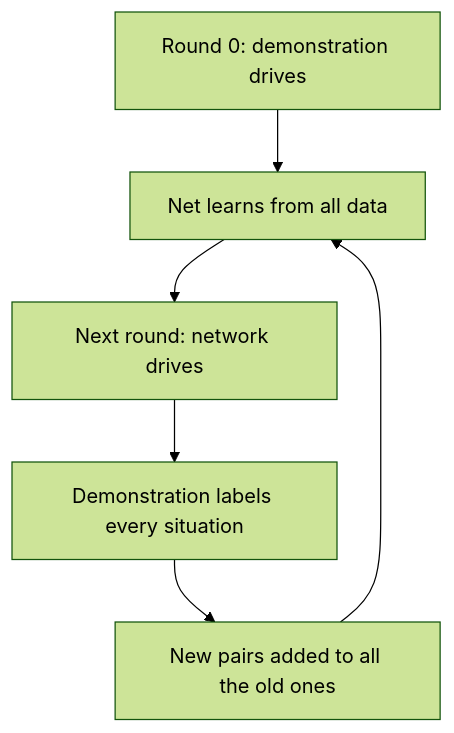
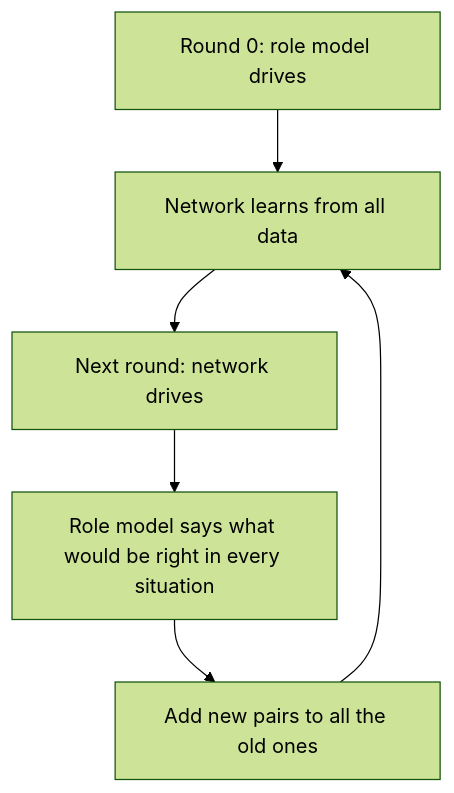
One commit to ChristianHohlfeld/kernengine.de changed the first of 4 diagrams in kern/docs/book-green/A-neural-networks.md. Above: the diagram before and after it, drawn with Mermaid (forest theme). The commit also changed other lines of this file and 22 other files, not shown here.

````diff
--- a/kern/docs/book-green/A-neural-networks.md
+++ b/kern/docs/book-green/A-neural-networks.md
@@ -314,8 +393,9 @@
 ```mermaid
+%% Caption: DAgger: the network drives, the role model comments, all examples are collected
 flowchart TD
-  A["Round 0: demonstration drives"] --> F["Net learns from all data"]
+  A["Round 0: role model drives"] --> F["Network learns from all data"]
   F --> R["Next round: network drives"]
-  R --> L["Demonstration labels every situation"]
-  L --> D["New pairs added to all the old ones"]
+  R --> L["Role model says what would be right in every situation"]
+  L --> D["Add new pairs to all the old ones"]
   D --> F
 ```
````
